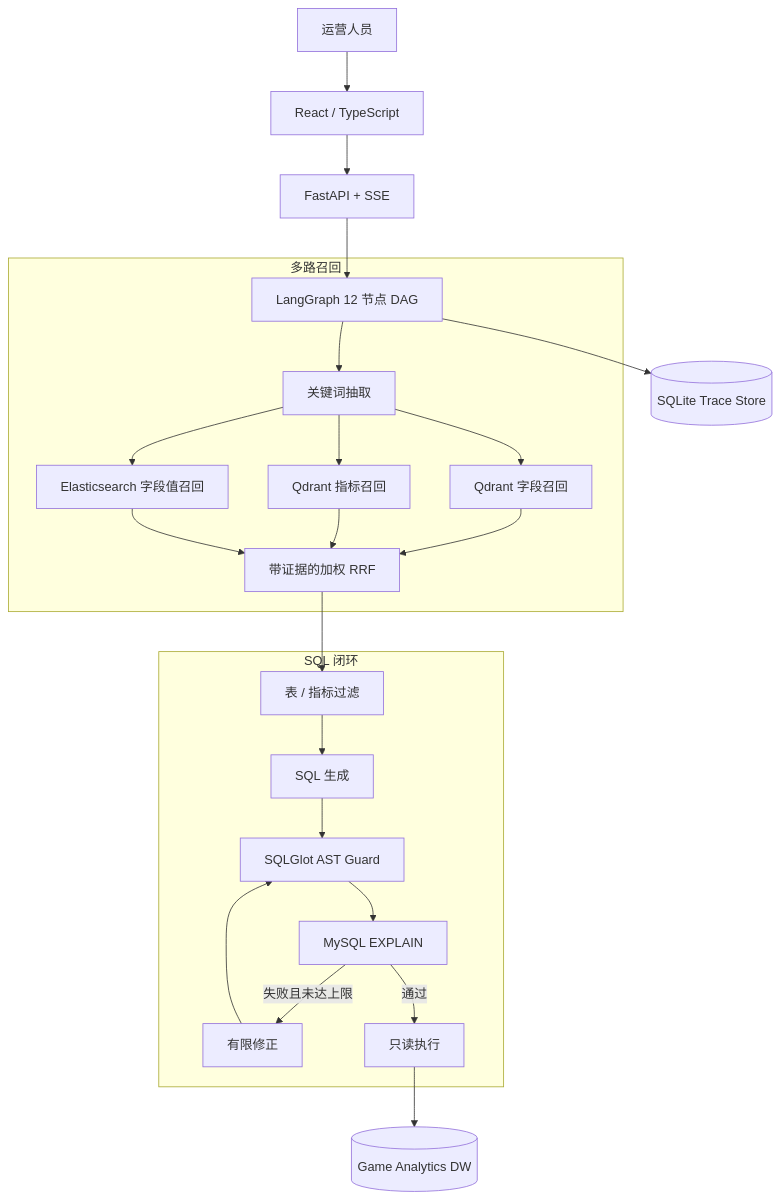
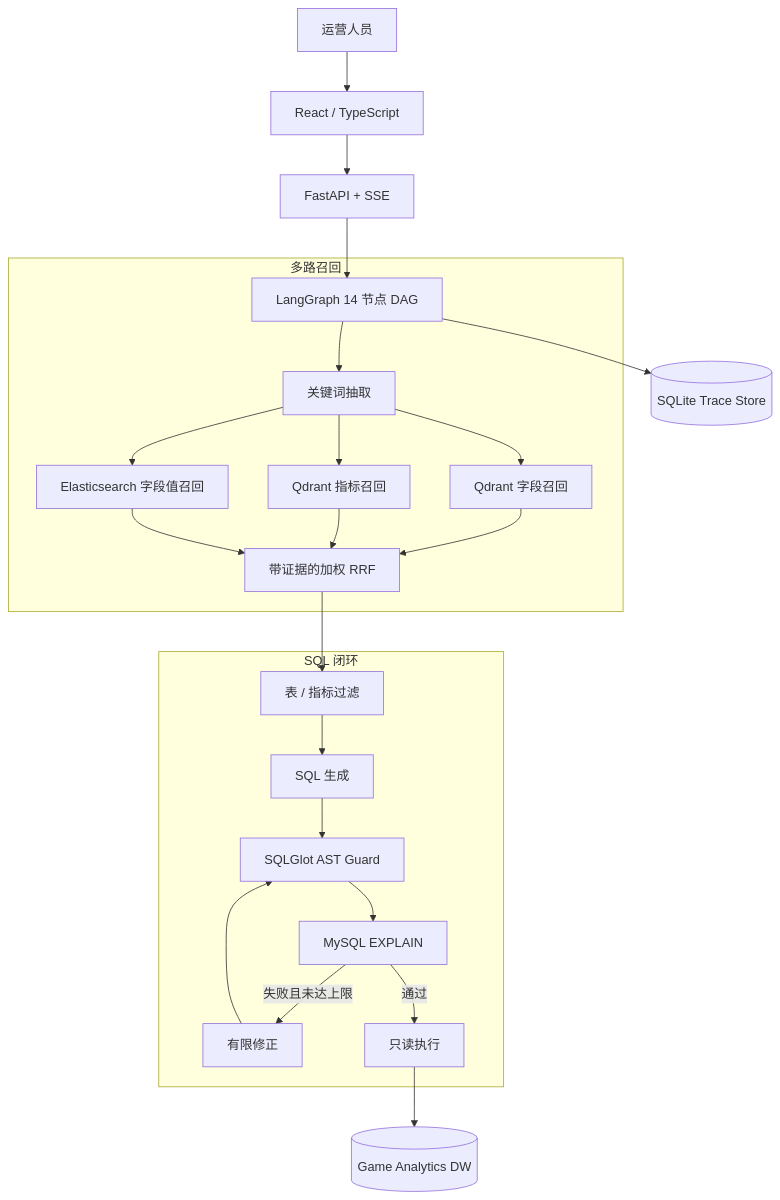
Before and after one commit to youcaifang66-ops/gamequery-agent: the first of 3 diagrams in README.md, drawn with Mermaid. The commit also changed other lines of this file and 2 other files, not shown here.

````diff
--- a/README.md
+++ b/README.md
@@ -37,29 +37,29 @@
 ```mermaid
 flowchart TB
     U[运营人员] --> UI[React / TypeScript]
     UI --> API[FastAPI + SSE]
-    API --> G[LangGraph 12 节点 DAG]
+    API --> G[LangGraph 14 节点 DAG]
 
     subgraph 多路召回
         G --> K[关键词抽取]
         K --> C[Qdrant 字段召回]
         K --> M[Qdrant 指标召回]
         K --> V[Elasticsearch 字段值召回]
         C --> R[带证据的加权 RRF]
         M --> R
         V --> R
     end
 
     subgraph SQL 闭环
         R --> F[表 / 指标过滤]
         F --> S[SQL 生成]
         S --> A[SQLGlot AST Guard]
         A --> E[MySQL EXPLAIN]
         E -->|失败且未达上限| X[有限修正]
         X --> A
         E -->|通过| Q[只读执行]
     end
 
     G --> T[(SQLite Trace Store)]
     Q --> DW[(Game Analytics DW)]
 ```
````
